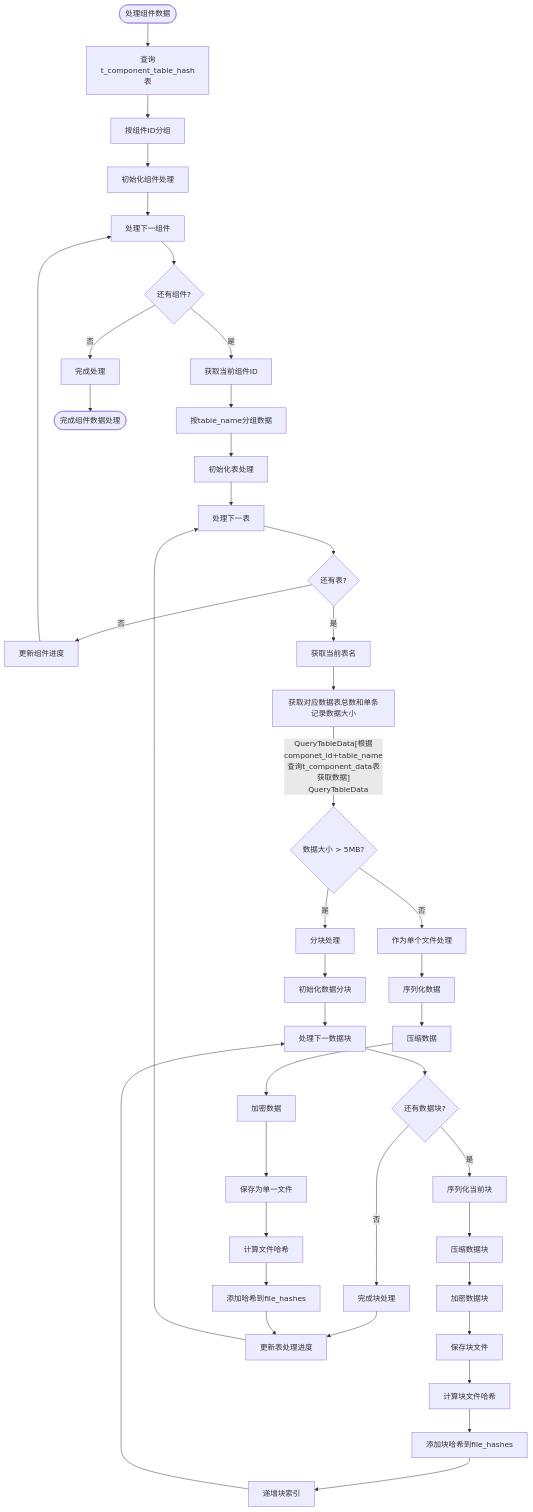
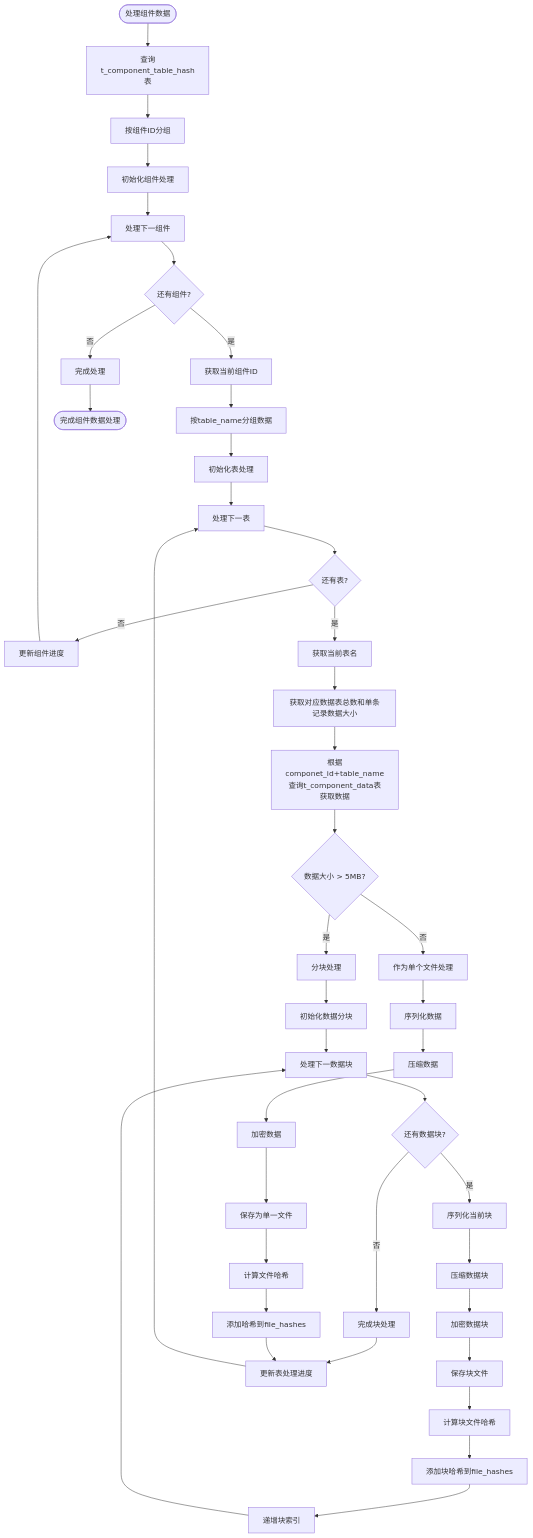
The diagram in all/未命名-56.md (yingjianzh/iodraw-files), drawn with Mermaid before and after one commit.

Commit message:
2025-05-12 14:26:40 update

````diff
--- a/all/未命名-56.md
+++ b/all/未命名-56.md
@@ -1,58 +1,59 @@
 ```mermaid
 
 flowchart TD
     Start([处理组件数据]) --> QueryDB[查询t_component_table_hash表]
     QueryDB --> GroupByComp[按组件ID分组]
     GroupByComp --> InitCompProcess[初始化组件处理]
     
     InitCompProcess --> ProcessNextComp[处理下一组件]
     ProcessNextComp --> MoreComps{还有组件?}
     MoreComps -->|否| CompleteProcess[完成处理]
     MoreComps -->|是| GetCompID[获取当前组件ID]
     
     GetCompID --> GroupByTable[按table_name分组数据]
     GroupByTable --> InitTableProcess[初始化表处理]
     
     InitTableProcess --> ProcessNextTable[处理下一表]
     ProcessNextTable --> MoreTables{还有表?}
     MoreTables -->|否| UpdateCompProgress[更新组件进度]
     MoreTables -->|是| GetTableName[获取当前表名]
     
     UpdateCompProgress --> ProcessNextComp
     
     GetTableName --> CheckDataSize[获取对应数据表总数和单条记录数据大小]
-    CheckDataSize --QueryTableData[根据componet_id+table_name查询t_component_data表获取数据]
+    
+    CheckDataSize --> QueryTableData[根据componet_id+table_name查询t_component_data表获取数据]
     QueryTableData --> DataSize{数据大小 > 5MB?}
     
     DataSize -->|否| ProcessSingleFile[作为单个文件处理]
     DataSize -->|是| ProcessMultipleChunks[分块处理]
     
     ProcessSingleFile --> SerializeData[序列化数据]
     SerializeData --> CompressData[压缩数据]
     CompressData --> EncryptData[加密数据]
     EncryptData --> SaveSingleFile[保存为单一文件]
     SaveSingleFile --> CalcFileHash[计算文件哈希]
     CalcFileHash --> AddToFileHashes[添加哈希到file_hashes]
 
     ProcessMultipleChunks --> InitChunks[初始化数据分块]
     InitChunks --> ProcessNextChunk[处理下一数据块]
     
     ProcessNextChunk --> MoreChunks{还有数据块?}
     MoreChunks -->|否| CompleteChunks[完成块处理]
     MoreChunks -->|是| SerializeChunk[序列化当前块]
     
     SerializeChunk --> CompressChunk[压缩数据块]
     CompressChunk --> EncryptChunk[加密数据块]
     EncryptChunk --> SaveChunkFile[保存块文件]
     SaveChunkFile --> CalcChunkHash[计算块文件哈希]
     CalcChunkHash --> AddChunkHash[添加块哈希到file_hashes]
     AddChunkHash --> IncrementChunkIndex[递增块索引]
     IncrementChunkIndex --> ProcessNextChunk
     
     CompleteChunks --> UpdateTableProgress[更新表处理进度]
     AddToFileHashes --> UpdateTableProgress
     UpdateTableProgress --> ProcessNextTable
     
     CompleteProcess --> End([完成组件数据处理])
 
 ```
````
